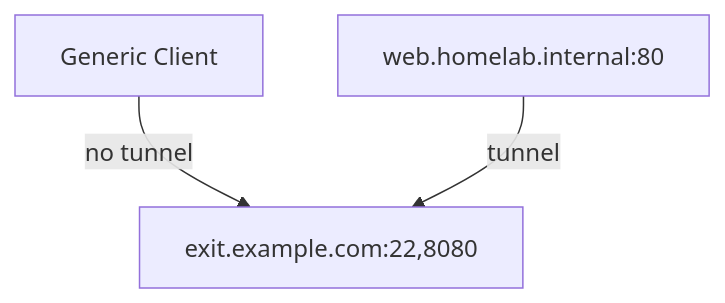
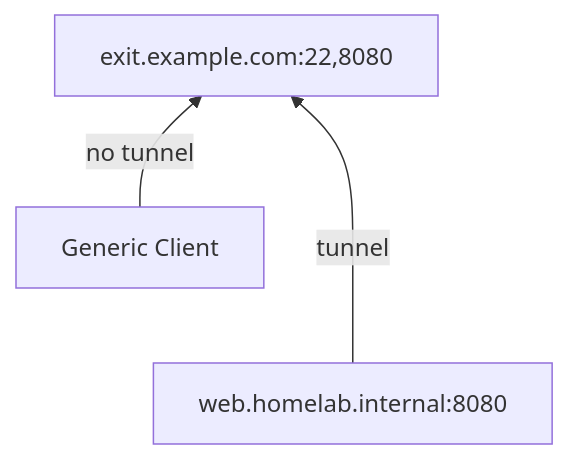
Before and after one commit to qrkourier/decks: the first of 8 diagrams in source/patch-v-proxy/Patch v. Proxy.md, drawn with Mermaid. The commit also changed other lines of this file, not shown here.

````diff
--- a/source/patch-v-proxy/Patch v. Proxy.md
+++ b/source/patch-v-proxy/Patch v. Proxy.md
@@ -285,5 +286,5 @@
-```mermaid
-graph TD
+```mermaid <!-- element id="ssh-reverse" -->
+graph BT
     A[Generic Client] -->|no tunnel| B[exit.example.com:22,8080]
-    C[web.homelab.internal:80] -->|tunnel| B
+    C[web.homelab.internal:8080] --->|tunnel| B
 ```
````
